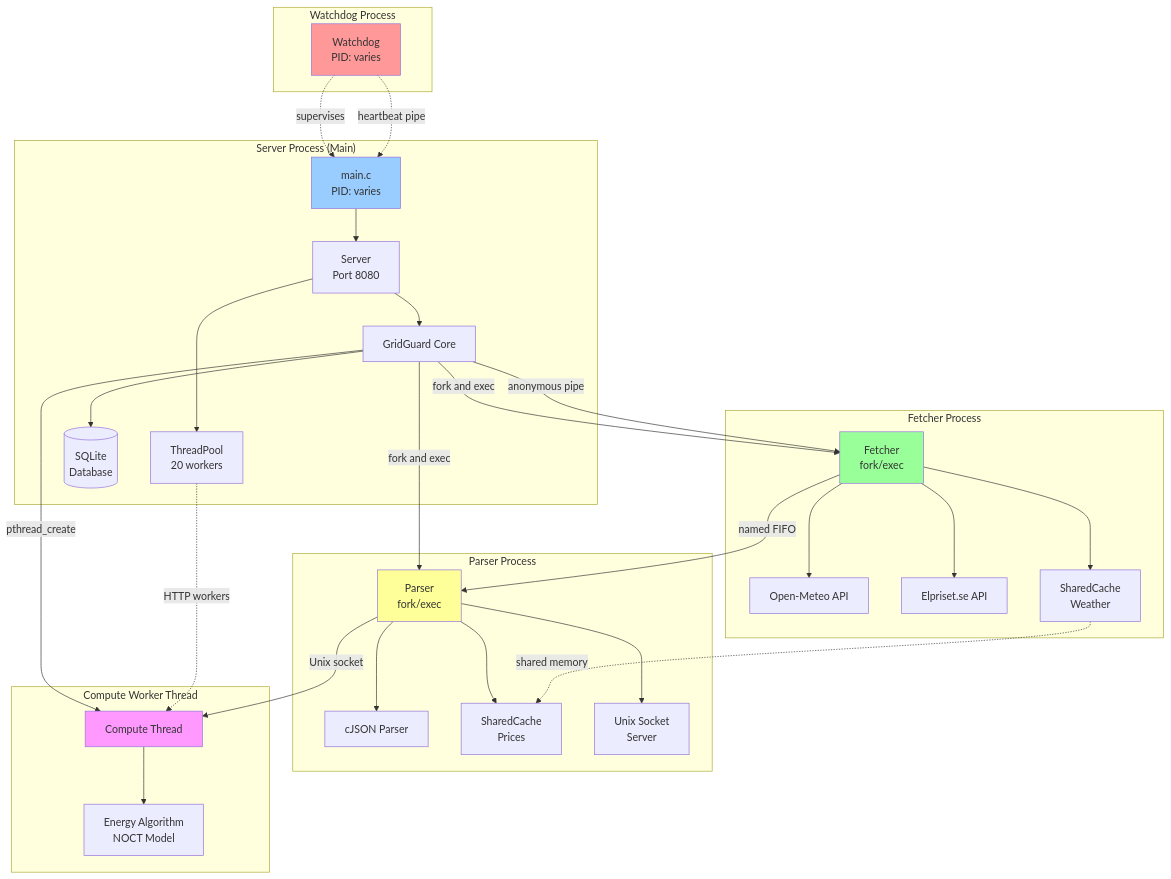
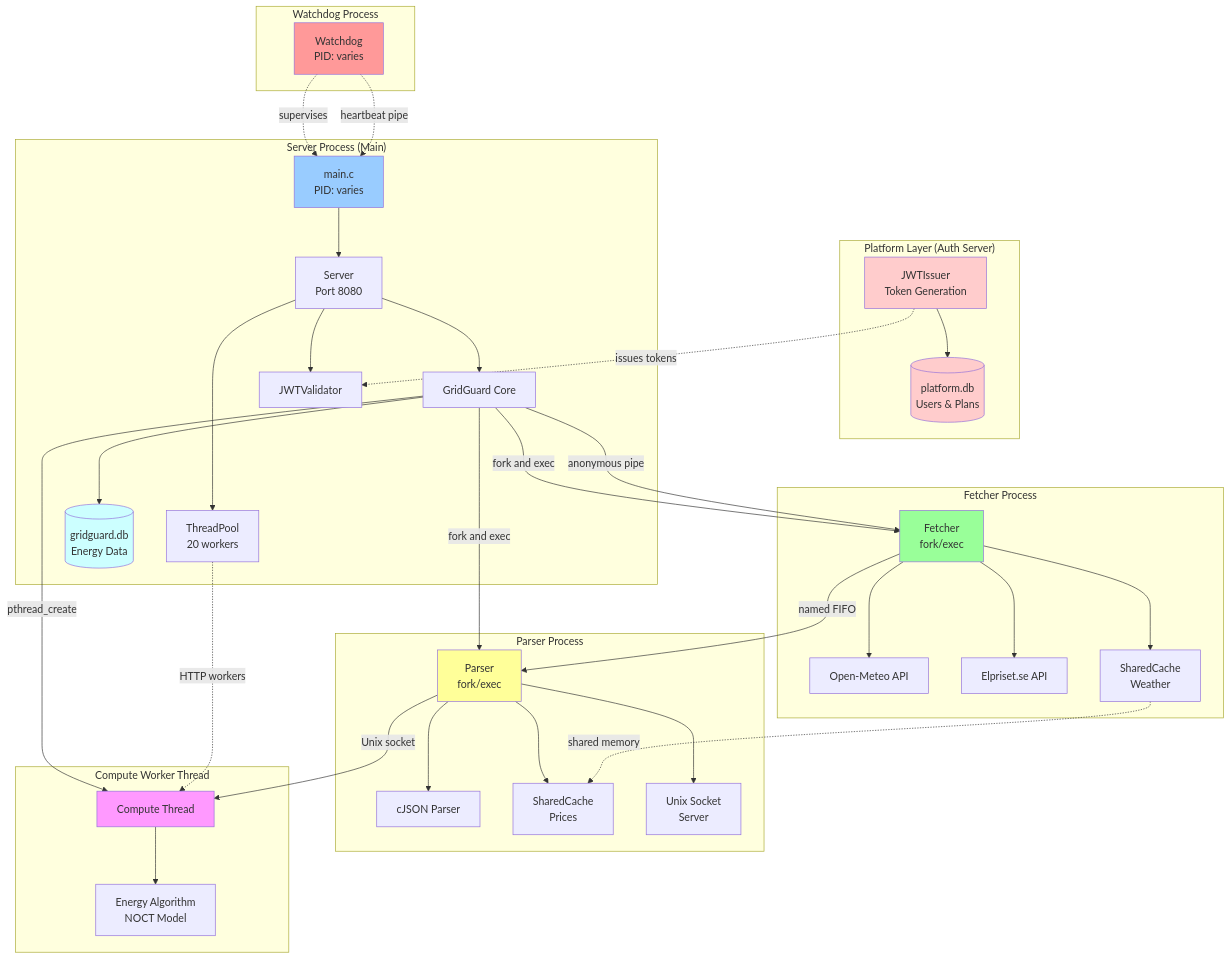
One commit to allejako/GridGuard changed the first of 15 diagrams in docs/Nya/SYSTEM_ARKITEKTUR_MERMAID.md. Above: the diagram before and after it, drawn with Mermaid. The commit also changed other lines of this file, not shown here.

````diff
--- a/docs/Nya/SYSTEM_ARKITEKTUR_MERMAID.md
+++ b/docs/Nya/SYSTEM_ARKITEKTUR_MERMAID.md
@@ -10,69 +10,82 @@
 ```mermaid
 graph TB
+    subgraph "Platform Layer (Auth Server)"
+        PLFDB[(platform.db<br/>Users & Plans)]
+        JWT_ISS[JWTIssuer<br/>Token Generation]
+        JWT_ISS --> PLFDB
+    end
+
     subgraph "Watchdog Process"
         WD[Watchdog<br/>PID: varies]
     end
 
     subgraph "Server Process (Main)"
         MAIN[main.c<br/>PID: varies]
         SRV[Server<br/>Port 8080]
         TP[ThreadPool<br/>20 workers]
         GG[GridGuard Core]
-        DB[(SQLite<br/>Database)]
+        JWT_VAL[JWTValidator]
+        CLIENTDB[(gridguard.db<br/>Energy Data)]
 
         MAIN --> SRV
         SRV --> TP
         SRV --> GG
-        GG --> DB
+        SRV --> JWT_VAL
+        GG --> CLIENTDB
     end
 
     subgraph "Fetcher Process"
         FETCH[Fetcher<br/>fork/exec]
         API1[Open-Meteo API]
         API2[Elpriset.se API]
         CACHE1[SharedCache<br/>Weather]
 
         FETCH --> API1
         FETCH --> API2
         FETCH --> CACHE1
     end
 
     subgraph "Parser Process"
         PARSE[Parser<br/>fork/exec]
         JSON[cJSON Parser]
         CACHE2[SharedCache<br/>Prices]
         USOCK[Unix Socket<br/>Server]
 
         PARSE --> JSON
         PARSE --> CACHE2
         PARSE --> USOCK
     end
 
     subgraph "Compute Worker Thread"
         COMP[Compute Thread]
         ALG[Energy Algorithm<br/>NOCT Model]
 
         COMP --> ALG
     end
 
     WD -.supervises.-> MAIN
     WD -.heartbeat pipe.-> MAIN
 
     GG -->|fork and exec| FETCH
     GG -->|fork and exec| PARSE
     GG -->|pthread_create| COMP
 
     GG -->|anonymous pipe| FETCH
     FETCH -->|named FIFO| PARSE
     PARSE -->|Unix socket| COMP
 
     CACHE1 -.shared memory.-> CACHE2
 
     TP -.HTTP workers.-> COMP
 
+    JWT_ISS -.issues tokens.-> JWT_VAL
+
+    style PLFDB fill:#ffcccc
+    style JWT_ISS fill:#ffcccc
     style WD fill:#ff9999
     style MAIN fill:#99ccff
     style FETCH fill:#99ff99
     style PARSE fill:#ffff99
     style COMP fill:#ff99ff
+    style CLIENTDB fill:#ccffff
 ```
````
